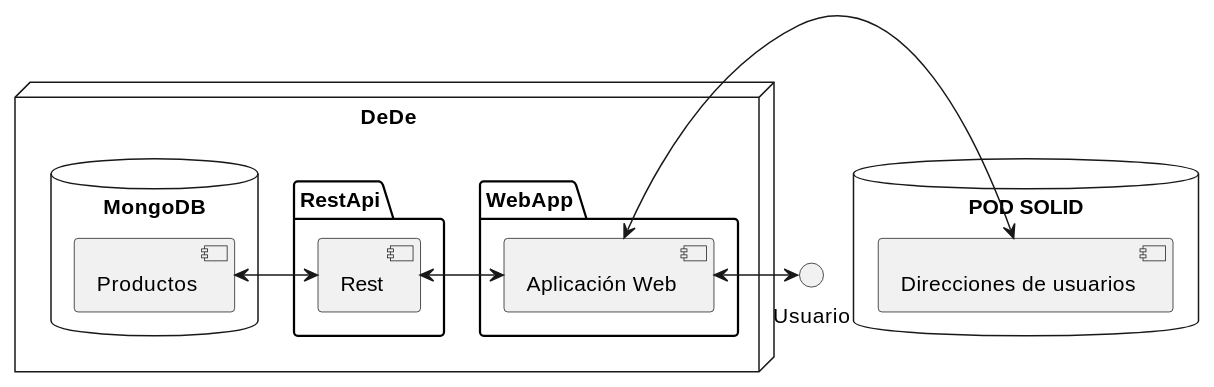
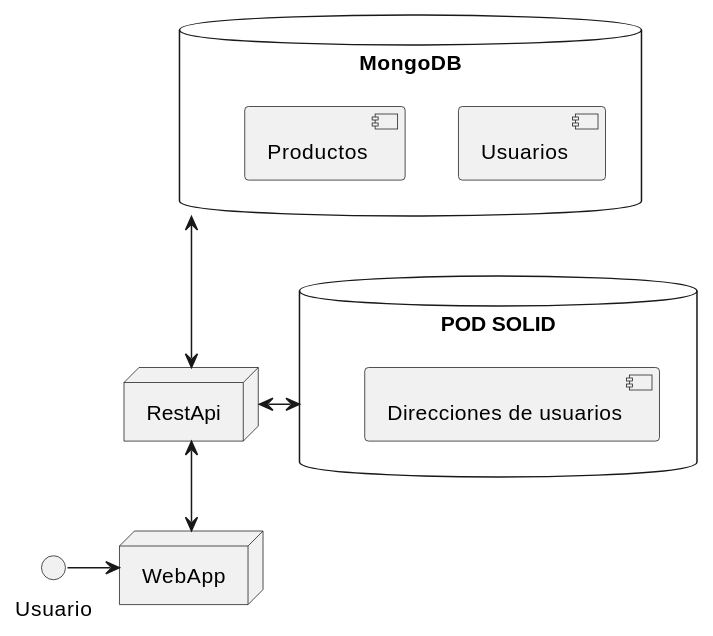
One commit to Arquisoft/Arquisoft-dede_es_02b changed the diagram in docs/07_deployment_view.adoc. Above: the diagram before and after it, drawn with PlantUML. The commit also changed 1 other file, not shown here.

Commit message:
Documentación puntos 7 y 12

```diff
--- a/docs/07_deployment_view.adoc
+++ b/docs/07_deployment_view.adoc
@@ -4,23 +4,19 @@
 [plantuml, deployment_view1, svg]
 ----
-database "POD SOLID" {
+database "POD SOLID" as pod {
   [Direcciones de usuarios]
 }
 
-node "DeDe" {
-  package "WebApp" {
-      [Aplicación Web]
-  }
-  package "RestApi" {
-      [Rest]
-  }
-  database "MongoDB" {
-      [Productos]
-  }
-  [Rest] <-> [Productos]
-  [Rest] <-> [Aplicación Web]
+database "MongoDB" as mongo {
+    [Usuarios]
+    [Productos]
 }
 
-Usuario  <-> [Aplicación Web]
-[Aplicación Web] <-> [Direcciones de usuarios]
+node "WebApp" as web
+node "RestApi" as rest
+
+rest <--> web
+mongo <--> rest
+Usuario  -> web
+pod <-> rest
 ----
```
